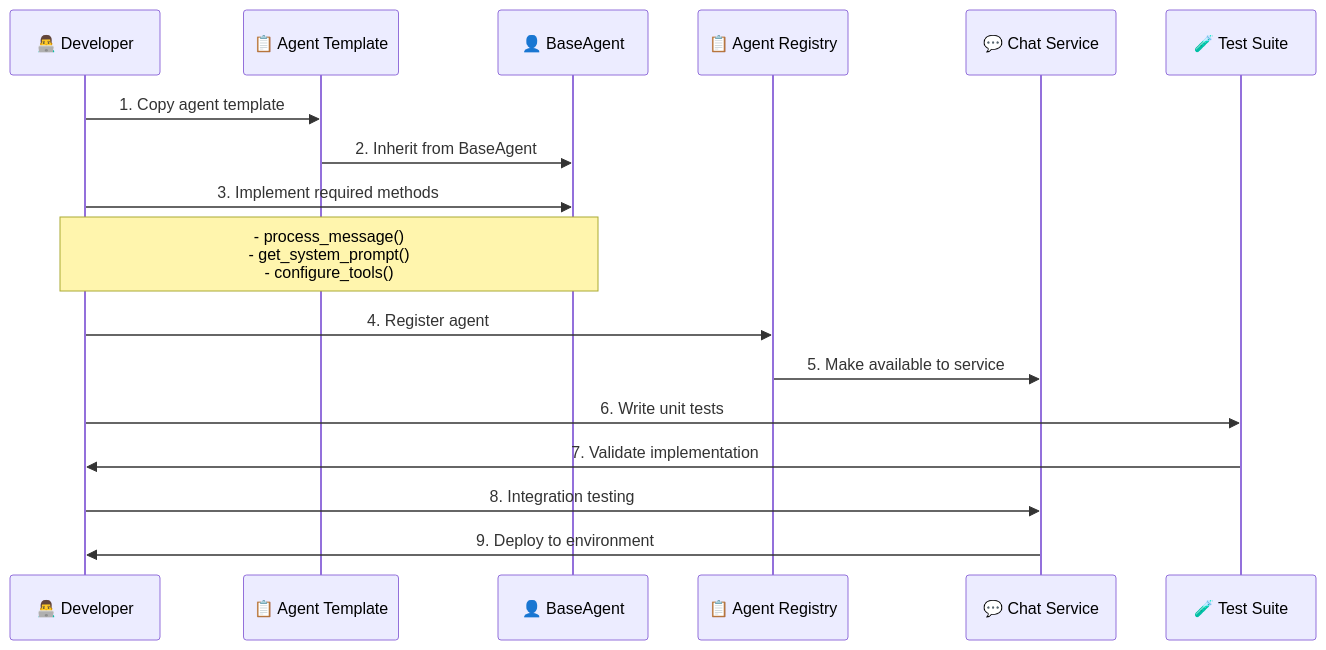
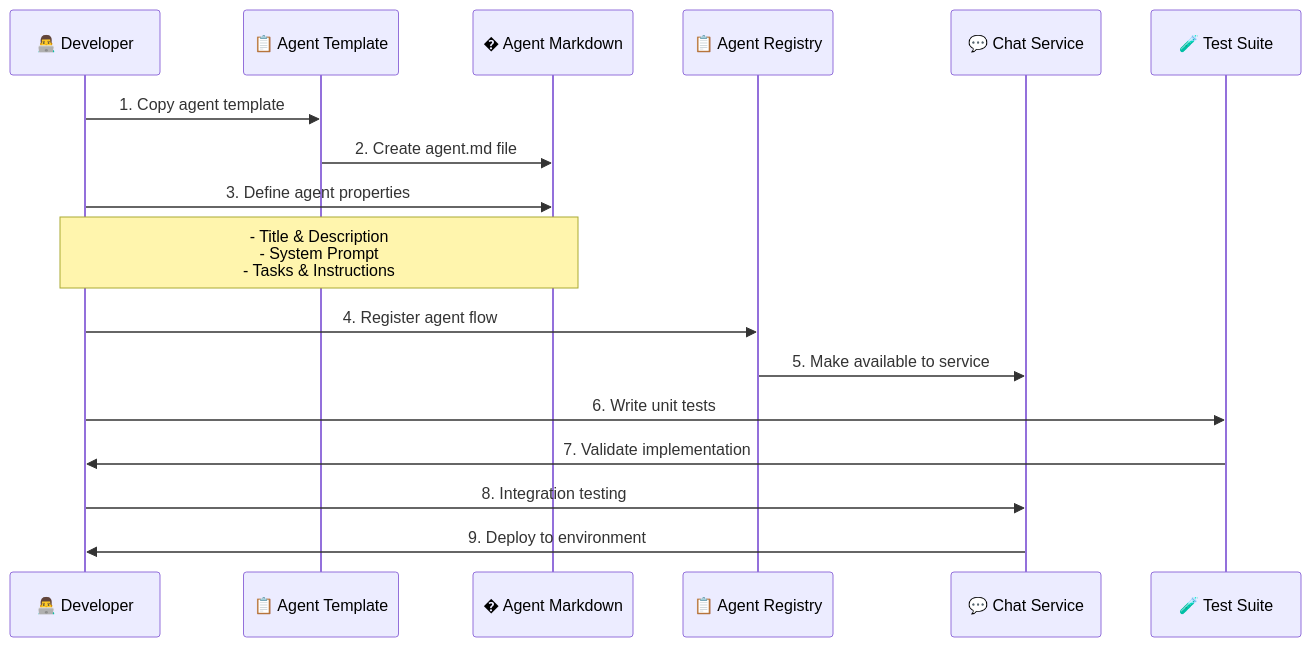
The fifth of 11 diagrams in docs/development/README.md (the-ingenious-dark-knight/Insight_Ingenious), drawn with Mermaid before and after one commit. The commit also changed other lines of this file and 3 other files, not shown here.

````diff
--- a/docs/development/README.md
+++ b/docs/development/README.md
@@ -443,21 +443,21 @@
 ```mermaid
 sequenceDiagram
     participant Dev as 👨‍💻 Developer
     participant Template as 📋 Agent Template
-    participant Base as 👤 BaseAgent
+    participant AgentMD as � Agent Markdown
     participant Registry as 📋 Agent Registry
     participant Service as 💬 Chat Service
     participant Test as 🧪 Test Suite
 
     Dev->>Template: 1. Copy agent template
-    Template->>Base: 2. Inherit from BaseAgent
-    Dev->>Base: 3. Implement required methods
-    Note over Dev,Base: - process_message()<br/>- get_system_prompt()<br/>- configure_tools()
+    Template->>AgentMD: 2. Create agent.md file
+    Dev->>AgentMD: 3. Define agent properties
+    Note over Dev,AgentMD: - Title & Description<br/>- System Prompt<br/>- Tasks & Instructions
 
-    Dev->>Registry: 4. Register agent
+    Dev->>Registry: 4. Register agent flow
     Registry->>Service: 5. Make available to service
     Dev->>Test: 6. Write unit tests
     Test->>Dev: 7. Validate implementation
     Dev->>Service: 8. Integration testing
     Service->>Dev: 9. Deploy to environment
 ```
````
